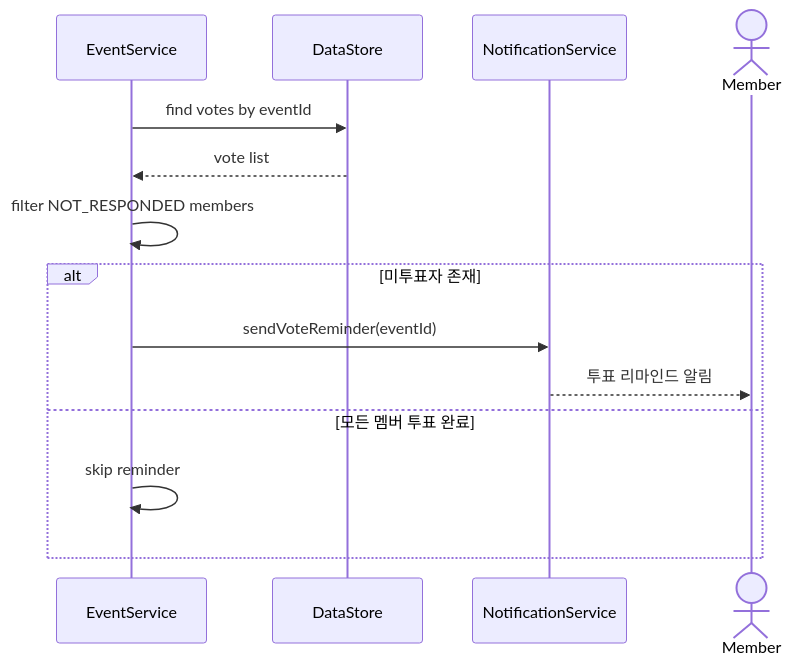
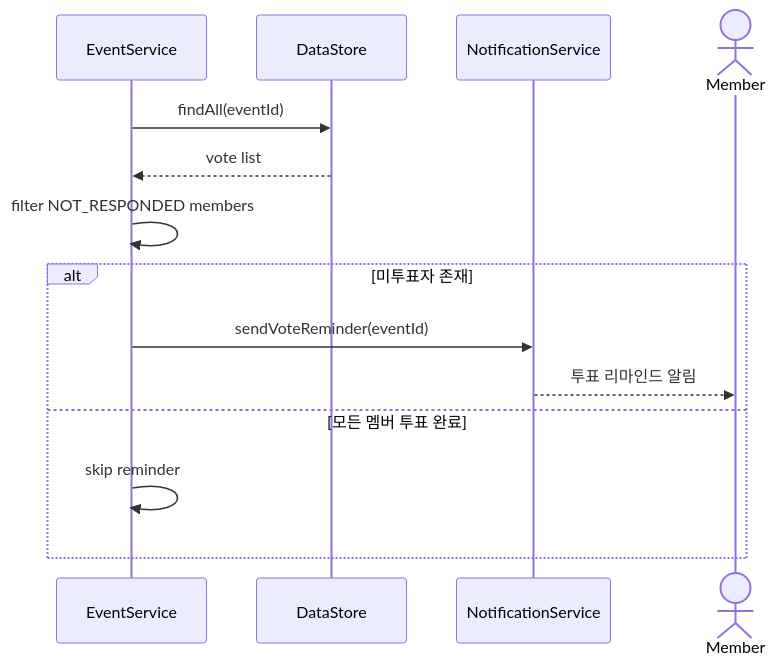
Before and after one commit to goldong23/Jo-Yul: diagram 12 of 16 in Design_22411923_홍주은.md, drawn with Mermaid. The commit also changed other lines of this file, not shown here.

Commit message:
UML 다이어그램 강의 규칙 반영

````diff
--- a/Design_22411923_홍주은.md
+++ b/Design_22411923_홍주은.md
@@ -499,17 +585,17 @@
 ```mermaid
 sequenceDiagram
     participant EventService
     participant DataStore
     participant NotificationService
     actor Member
 
-    EventService->>DataStore: find votes by eventId
+    EventService->>DataStore: findAll(eventId)
     DataStore-->>EventService: vote list
     EventService->>EventService: filter NOT_RESPONDED members
     alt 미투표자 존재
         EventService->>NotificationService: sendVoteReminder(eventId)
         NotificationService-->>Member: 투표 리마인드 알림
     else 모든 멤버 투표 완료
         EventService->>EventService: skip reminder
     end
 ```
````
